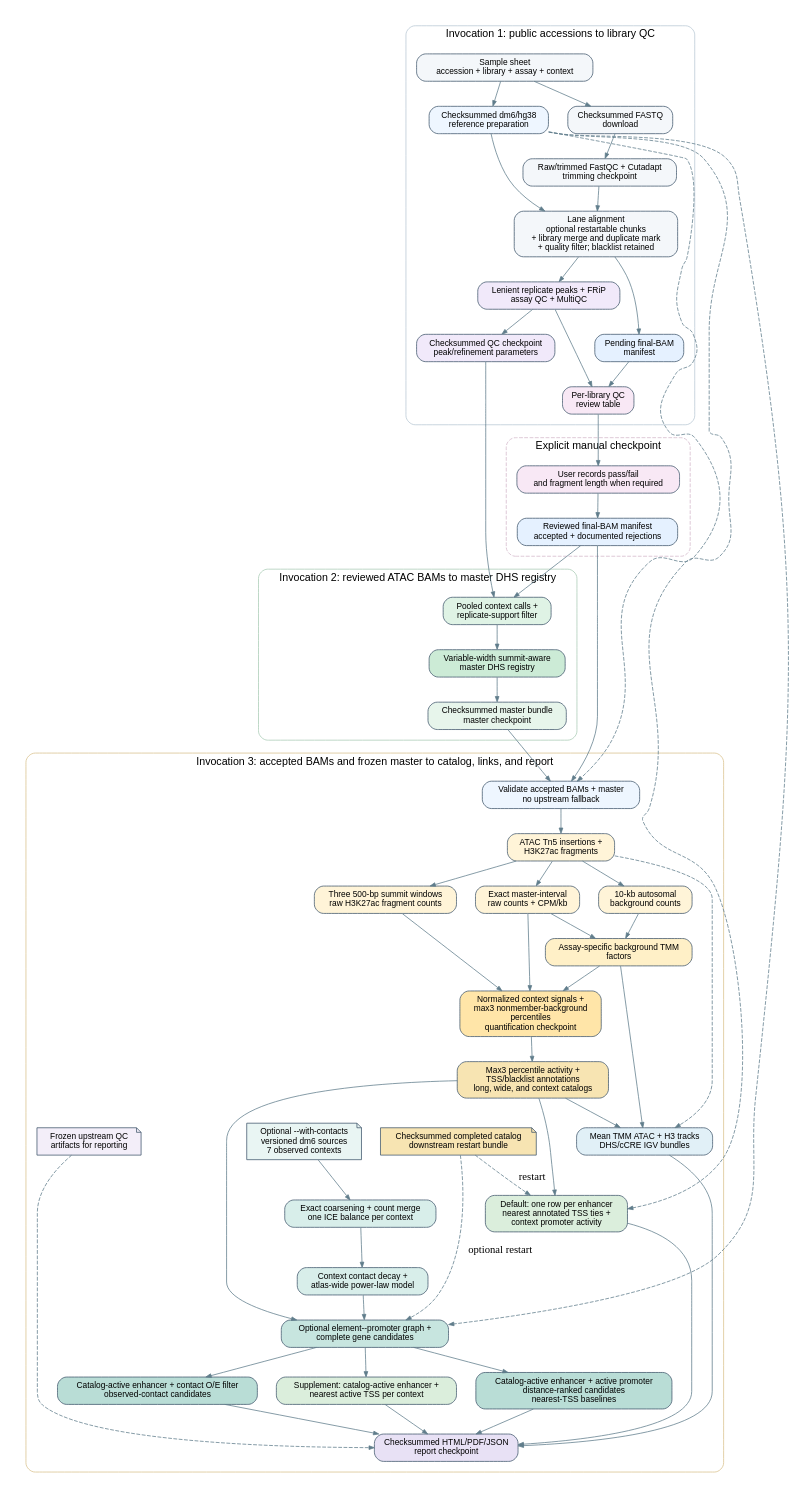
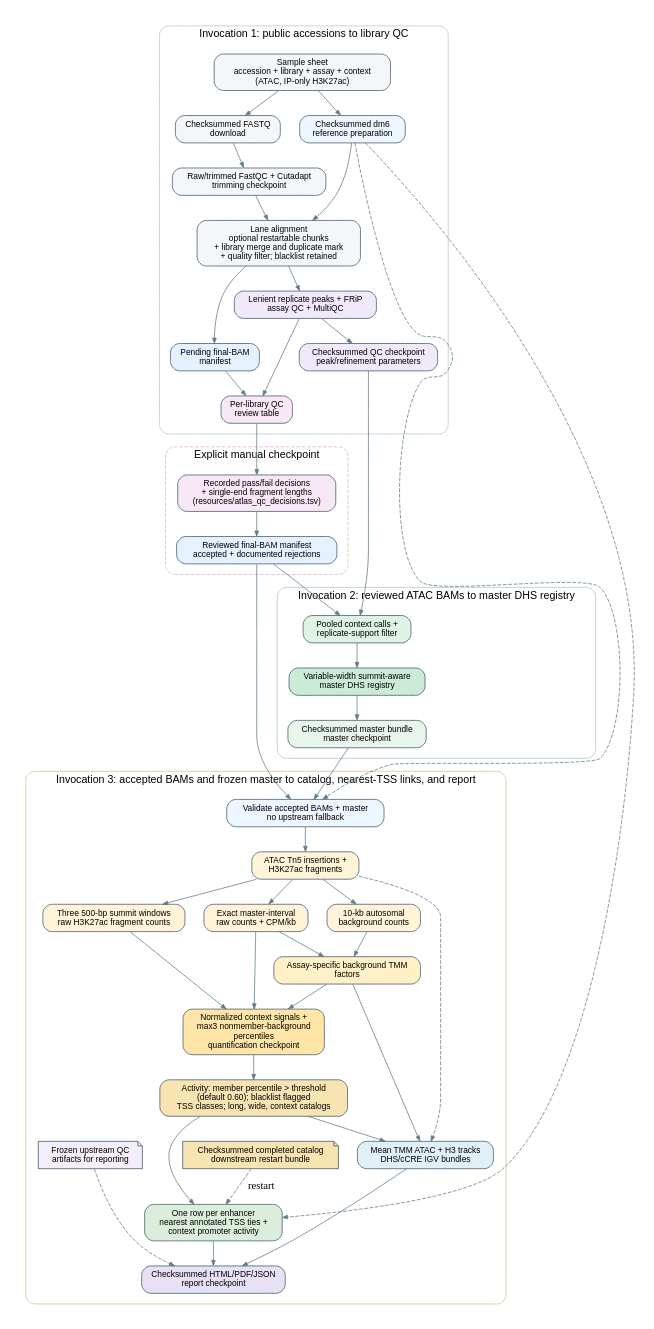
The diagram in docs/workflow-dag.dot (NicolasFrankel-lab/drosophila-cCREs), drawn with Graphviz before and after one commit. The commit also changed 74 other files, not shown here.

First line of the commit message:
Narrow the pipeline to the eight-context ATAC/H3K27ac atlas

```diff
--- a/docs/workflow-dag.dot
+++ b/docs/workflow-dag.dot
@@ -1,127 +1,110 @@
 digraph workflow {
   graph [rankdir=TB, bgcolor="#ffffff", pad=0.25, nodesep=0.35,
          ranksep=0.45, newrank=true, compound=true, fontname="Helvetica"];
   node [shape=box, style="rounded,filled", fontname="Helvetica", fontsize=11,
         color="#40566b", fillcolor="#f4f7fa", margin="0.13,0.08"];
   edge [color="#607d8b", arrowsize=0.7];
 
   subgraph cluster_qc {
     label="Invocation 1: public accessions to library QC";
     color="#b8c8d4";
     style="rounded";
     margin=14;
 
-    inputs [label="Sample sheet\naccession + library + assay + context"];
+    inputs [label="Sample sheet\naccession + library + assay + context\n(ATAC, IP-only H3K27ac)"];
     download [label="Checksummed FASTQ\ndownload"];
-    reference [label="Checksummed dm6/hg38\nreference preparation", fillcolor="#eef6ff"];
+    reference [label="Checksummed dm6\nreference preparation", fillcolor="#eef6ff"];
     trim [label="Raw/trimmed FastQC + Cutadapt\ntrimming checkpoint"];
     align [label="Lane alignment\noptional restartable chunks\n+ library merge and duplicate mark\n+ quality filter; blacklist retained"];
     bammanifest [label="Pending final-BAM\nmanifest", fillcolor="#e5f1ff"];
     qc [label="Lenient replicate peaks + FRiP\nassay QC + MultiQC", fillcolor="#f1e9fa"];
     qccheckpoint [label="Checksummed QC checkpoint\npeak/refinement parameters", fillcolor="#f1e9fa"];
     reviewtable [label="Per-library QC\nreview table", fillcolor="#f8e8f5"];
 
     inputs -> download -> trim -> align;
     inputs -> reference;
     reference -> align;
     align -> bammanifest;
     align -> qc;
     qc -> qccheckpoint;
     bammanifest -> reviewtable;
     qc -> reviewtable;
     {rank=same; download; reference;}
     {rank=same; bammanifest; qccheckpoint;}
   }
 
   subgraph cluster_review {
     label="Explicit manual checkpoint";
     color="#d4b8ca";
     style="rounded,dashed";
     margin=14;
 
-    review [label="User records pass/fail\nand fragment length when required", fillcolor="#f8e8f5"];
+    review [label="Recorded pass/fail decisions\n+ single-end fragment lengths\n(resources/atlas_qc_decisions.tsv)", fillcolor="#f8e8f5"];
     reviewedbam [label="Reviewed final-BAM manifest\naccepted + documented rejections", fillcolor="#e5f1ff"];
 
     review -> reviewedbam;
   }
 
   subgraph cluster_master {
     label="Invocation 2: reviewed ATAC BAMs to master DHS registry";
     color="#a9ccb5";
     style="rounded";
     margin=14;
 
     context [label="Pooled context calls +\nreplicate-support filter", fillcolor="#dff3e5"];
     master [label="Variable-width summit-aware\nmaster DHS registry", fillcolor="#ccebd6"];
     mastermanifest [label="Checksummed master bundle\nmaster checkpoint", fillcolor="#e7f5eb"];
 
     context -> master -> mastermanifest;
   }
 
   subgraph cluster_activity {
-    label="Invocation 3: accepted BAMs and frozen master to catalog, links, and report";
+    label="Invocation 3: accepted BAMs and frozen master to catalog, nearest-TSS links, and report";
     color="#d9c18c";
     style="rounded";
     margin=14;
 
     validate [label="Validate accepted BAMs + master\nno upstream fallback", fillcolor="#eef6ff"];
     units [label="ATAC Tn5 insertions +\nH3K27ac fragments", fillcolor="#fff4d8"];
     exact [label="Exact master-interval\nraw counts + CPM/kb", fillcolor="#fff4d8"];
     background [label="10-kb autosomal\nbackground counts", fillcolor="#fff4d8"];
     windows [label="Three 500-bp summit windows\nraw H3K27ac fragment counts", fillcolor="#fff4d8"];
     tmm [label="Assay-specific background TMM\nfactors", fillcolor="#fff0c7"];
     quantify [label="Normalized context signals +\nmax3 nonmember-background\npercentiles\nquantification checkpoint", fillcolor="#ffe5a8"];
-    catalog [label="Max3 percentile activity +\nTSS/blacklist annotations\nlong, wide, and context catalogs", fillcolor="#f7e4b2"];
+    catalog [label="Activity: member percentile > threshold\n(default 0.60); blacklist flagged\nTSS classes; long, wide, context catalogs", fillcolor="#f7e4b2"];
     catalogbundle [label="Checksummed completed catalog\ndownstream restart bundle", shape=note, fillcolor="#f7e4b2"];
     browser [label="Mean TMM ATAC + H3 tracks\nDHS/cCRE IGV bundles", fillcolor="#e1f0f7"];
-    nearestwide [label="Default: one row per enhancer\nnearest annotated TSS ties +\ncontext promoter activity", fillcolor="#dbeedc"];
-    contacts [label="Optional --with-contacts\nversioned dm6 sources\n7 observed contexts", shape=note, fillcolor="#e9f5f3"];
-    normalizecontacts [label="Exact coarsening + count merge\none ICE balance per context", fillcolor="#d8eeea"];
-    decay [label="Context contact decay +\natlas-wide power-law model", fillcolor="#d8eeea"];
-    links [label="Optional element--promoter graph +\ncomplete gene candidates", fillcolor="#c7e5df"];
-    focused [label="Catalog-active enhancer + contact O/E filter\nobserved-contact candidates", fillcolor="#b9ddd6"];
-    nearest [label="Supplement: catalog-active enhancer +\nnearest active TSS per context", fillcolor="#dbeedc"];
-    distancefocused [label="Catalog-active enhancer + active promoter\ndistance-ranked candidates\nnearest-TSS baselines", fillcolor="#b9ddd6"];
+    nearestwide [label="One row per enhancer\nnearest annotated TSS ties +\ncontext promoter activity", fillcolor="#dbeedc"];
     sources [label="Frozen upstream QC\nartifacts for reporting", shape=note, fillcolor="#f3eef9"];
     report [label="Checksummed HTML/PDF/JSON\nreport checkpoint", fillcolor="#e8e1f5"];
 
     validate -> units;
     units -> exact;
     units -> background;
     units -> windows;
     exact -> tmm;
     background -> tmm;
     exact -> quantify;
     tmm -> quantify;
     windows -> quantify;
     quantify -> catalog;
     units -> browser [style=dashed];
     tmm -> browser;
     catalog -> browser;
     catalog -> nearestwide;
-    contacts -> normalizecontacts -> decay -> links;
-    links -> focused;
-    links -> nearest;
-    links -> distancefocused;
-    catalog -> links;
     catalogbundle -> nearestwide [style=dashed, label="restart"];
-    catalogbundle -> links [style=dashed, label="optional restart"];
     browser -> report;
     nearestwide -> report;
-    focused -> report;
-    nearest -> report;
-    distancefocused -> report;
     sources -> report [style=dashed];
     {rank=same; exact; background; windows;}
-    {rank=same; browser; contacts; sources; catalogbundle;}
+    {rank=same; browser; sources; catalogbundle;}
   }
 
   reviewtable -> review;
   reviewedbam -> context;
   qccheckpoint -> context;
   reviewedbam -> validate;
   mastermanifest -> validate;
   reference -> validate [style=dashed, constraint=false];
   reference -> nearestwide [style=dashed, constraint=false];
-  reference -> links [style=dashed, constraint=false];
 }
```
